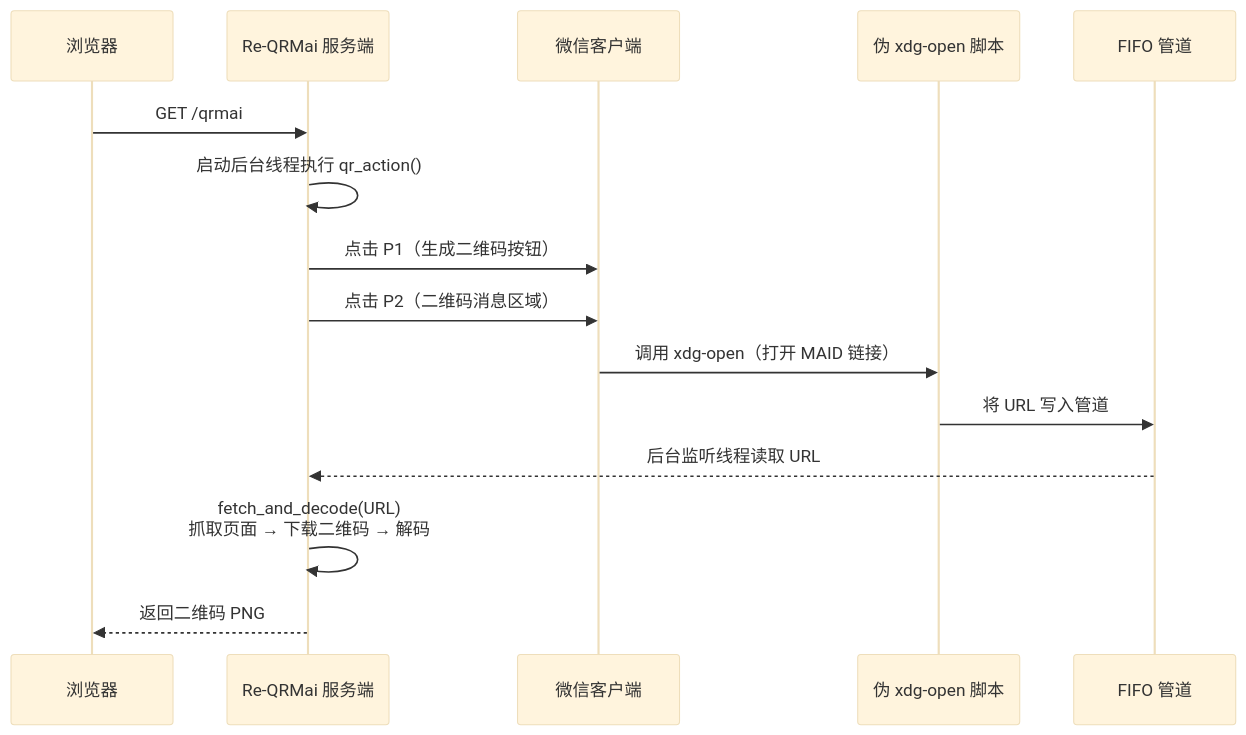
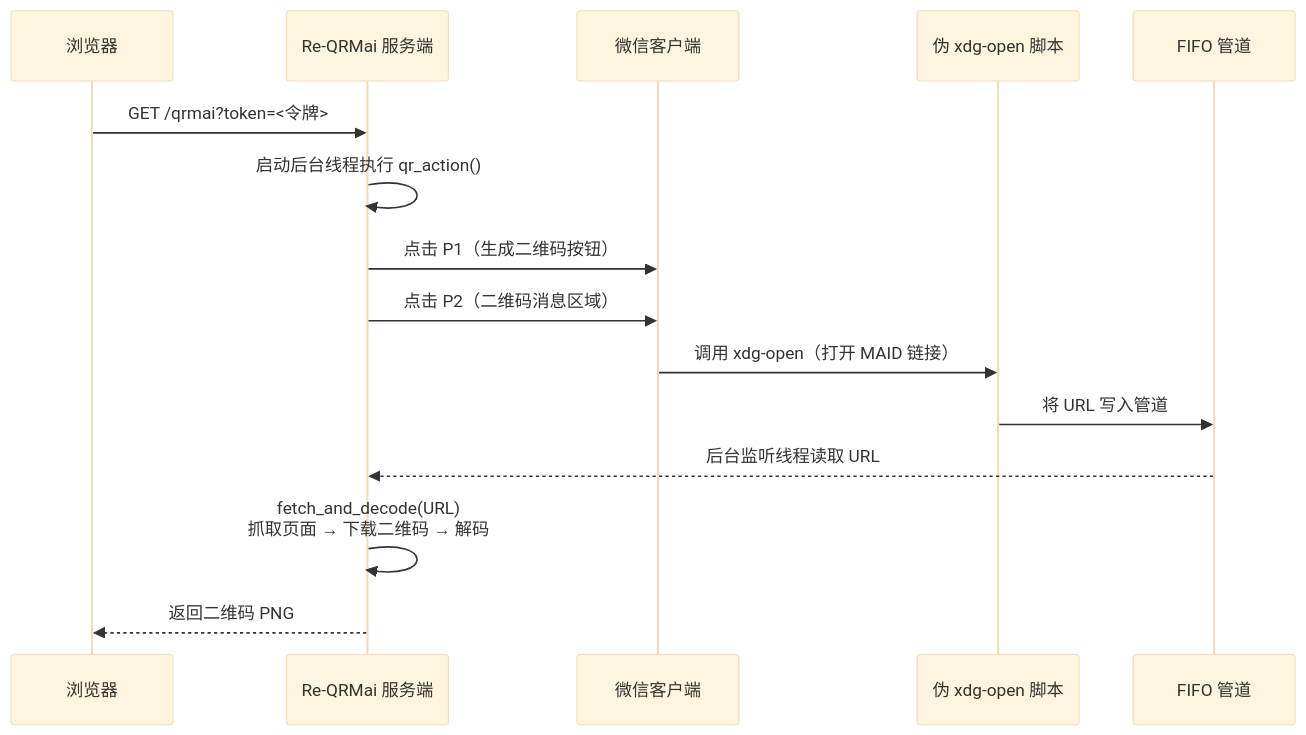
One commit to naroxeno/Re-QRMai changed the first of 2 diagrams in README.md. Above: the diagram before and after it, drawn with Mermaid (base theme). The commit also changed other lines of this file and 8 other files, not shown here.

````diff
--- a/README.md
+++ b/README.md
@@ -96,18 +96,18 @@
 ```mermaid
 sequenceDiagram
     participant Browser as 浏览器
     participant Server as Re-QRMai 服务端
     participant Wechat as 微信客户端
     participant XDG as 伪 xdg-open 脚本
     participant FIFO as FIFO 管道
 
-    Browser->>Server: GET /qrmai
+    Browser->>Server: GET /qrmai?token=<令牌>
     Server->>Server: 启动后台线程执行 qr_action()
     Server->>Wechat: 点击 P1（生成二维码按钮）
     Server->>Wechat: 点击 P2（二维码消息区域）
     Wechat->>XDG: 调用 xdg-open（打开 MAID 链接）
     XDG->>FIFO: 将 URL 写入管道
     FIFO-->>Server: 后台监听线程读取 URL
     Server->>Server: fetch_and_decode(URL)<br>抓取页面 → 下载二维码 → 解码
     Server-->>Browser: 返回二维码 PNG
 ```
````
